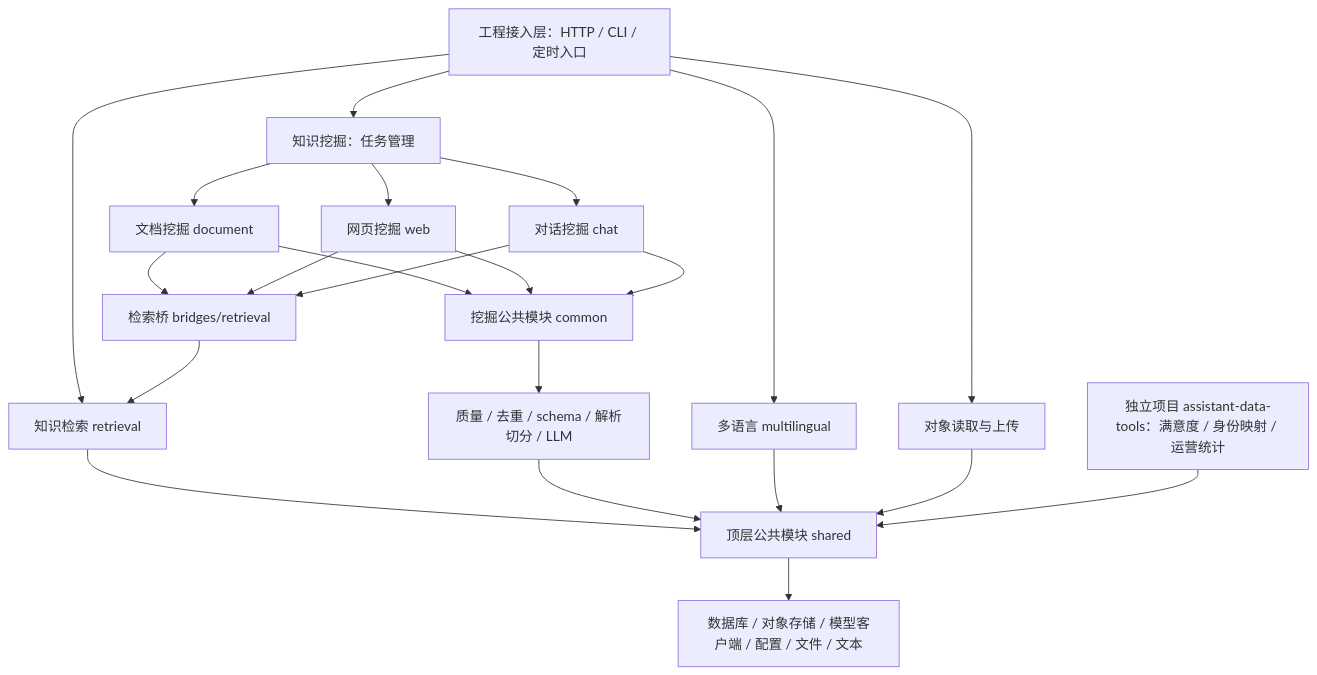
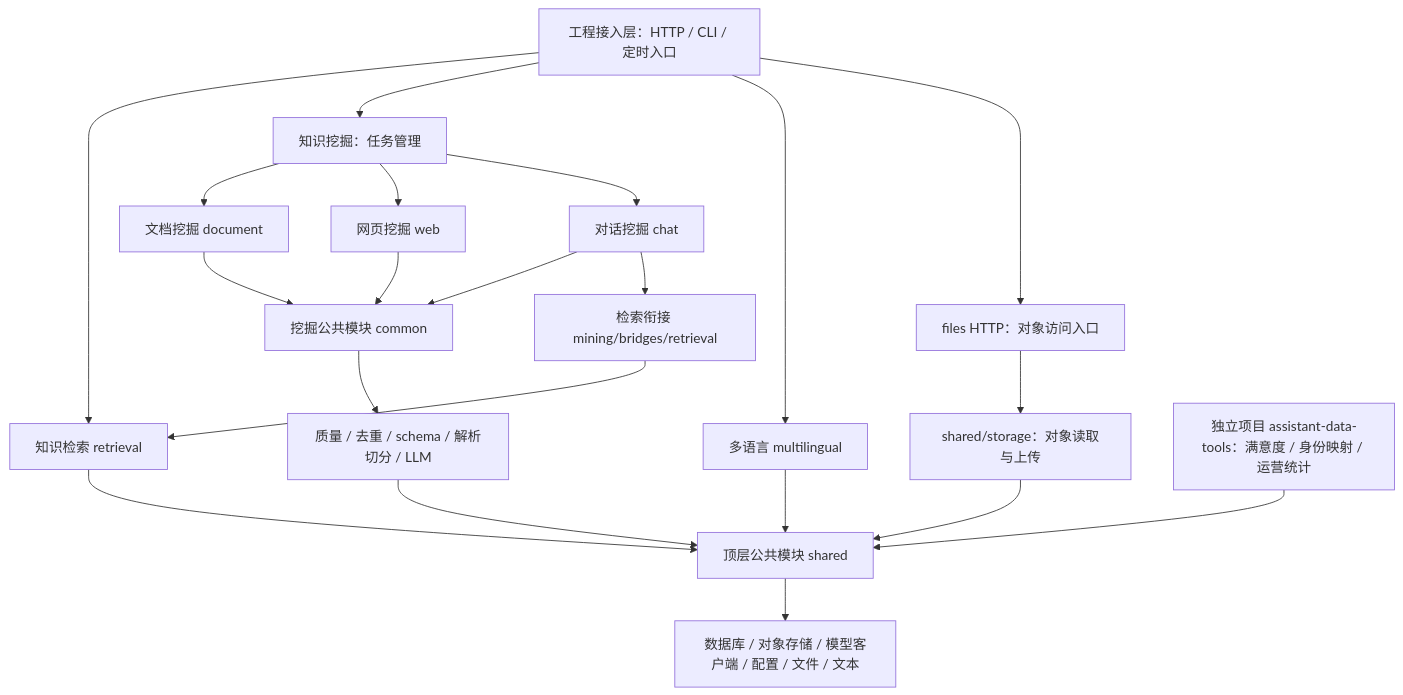
One commit to chenqishi/kdb-forge changed the diagram in docs/Architecture_Overview_Diagram.md. Above: the diagram before and after it, drawn with Mermaid. The commit also changed other lines of this file and 54 other files, not shown here.

````diff
--- a/docs/Architecture_Overview_Diagram.md
+++ b/docs/Architecture_Overview_Diagram.md
@@ -5,25 +5,24 @@
 ```mermaid
 flowchart TB
   ENTRY[工程接入层：HTTP / CLI / 定时入口]
   ENTRY --> RET[知识检索 retrieval]
   ENTRY --> TASK[知识挖掘：任务管理]
   ENTRY --> LANG[多语言 multilingual]
-  ENTRY --> STORAGE[对象读取与上传]
+  ENTRY --> FILES[files HTTP：对象访问入口]
+  FILES --> STORAGE[shared/storage：对象读取与上传]
   TASK --> DOC[文档挖掘 document]
   TASK --> WEB[网页挖掘 web]
   TASK --> CHAT[对话挖掘 chat]
   DOC --> COMMON[挖掘公共模块 common]
   WEB --> COMMON
   CHAT --> COMMON
-  DOC --> BRIDGE[检索桥 bridges/retrieval]
-  WEB --> BRIDGE
-  CHAT --> BRIDGE
+  CHAT --> BRIDGE[检索衔接 mining/bridges/retrieval]
   BRIDGE --> RET
   COMMON --> QUALITY[质量 / 去重 / schema / 解析切分 / LLM]
   RET --> SHARED[顶层公共模块 shared]
   QUALITY --> SHARED
   LANG --> SHARED
   STORAGE --> SHARED
   SHARED --> INFRA[数据库 / 对象存储 / 模型客户端 / 配置 / 文件 / 文本]
   AUX[独立项目 assistant-data-tools：满意度 / 身份映射 / 运营统计] --> SHARED
 ```
````
